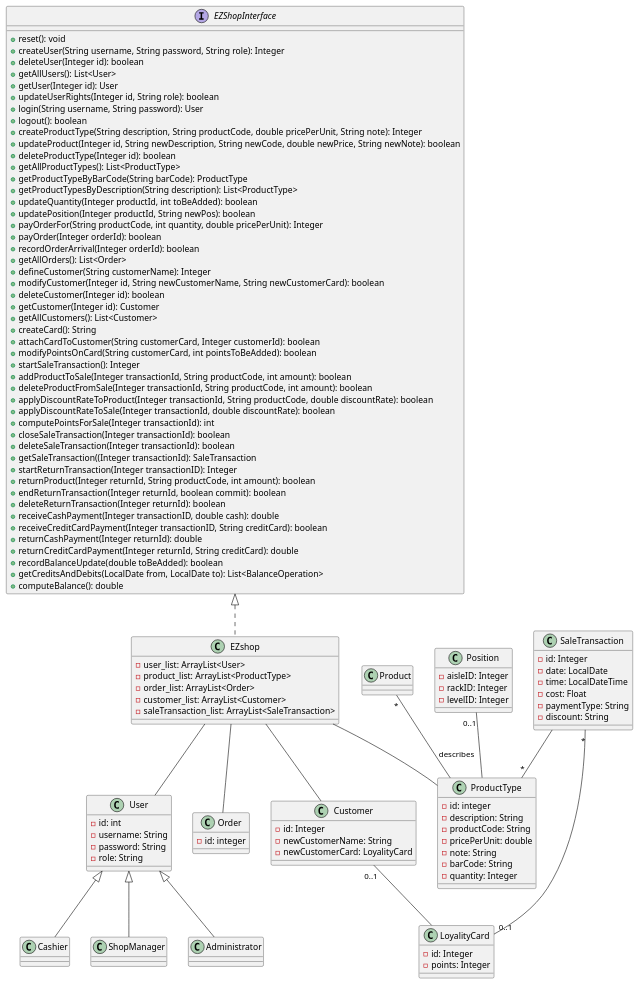
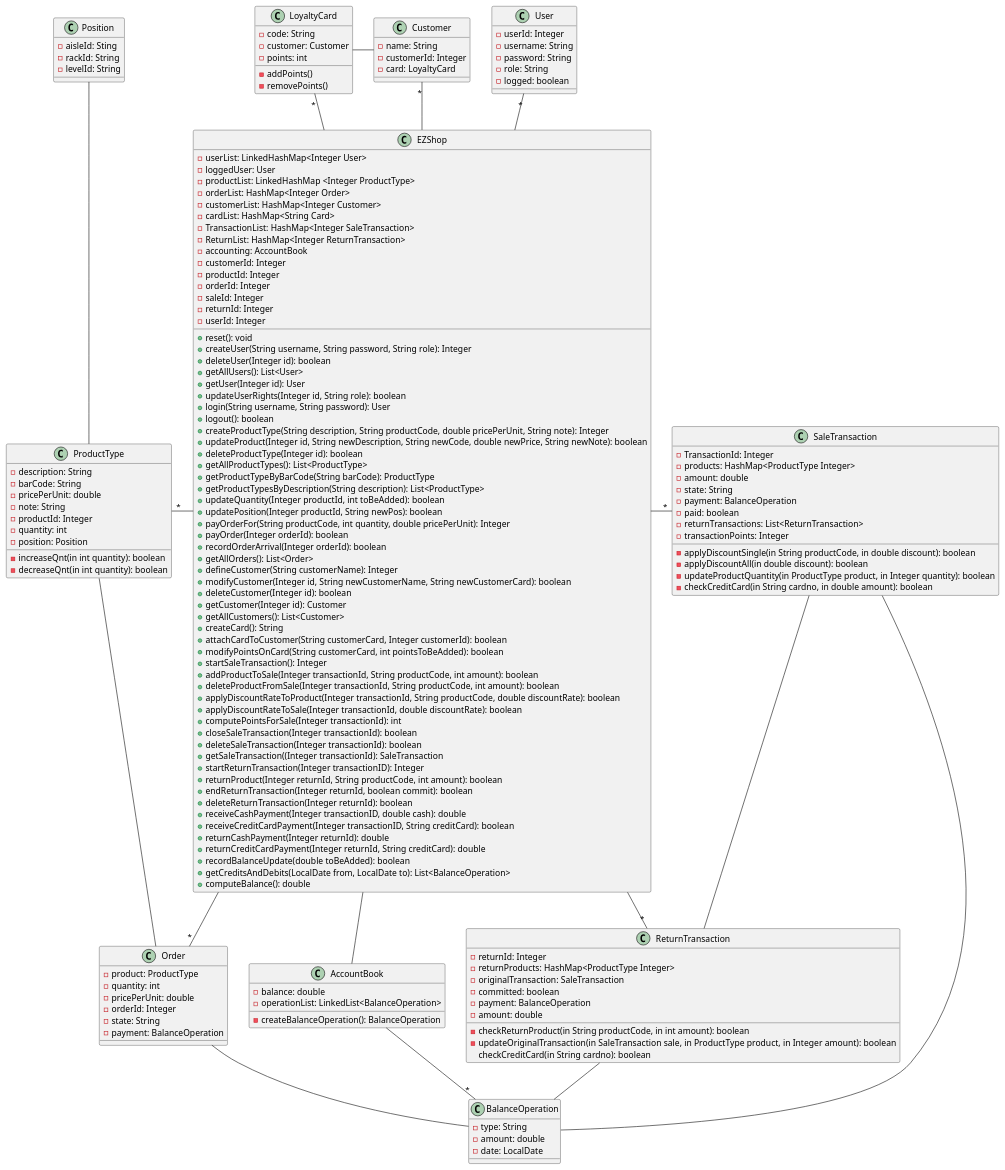
The second of 4 diagrams in Deliverables/DesignDocument.md (marco-ballario/EzShop), drawn with PlantUML before and after one commit.

Commit message:
docs: update class design

````diff
--- a/Deliverables/DesignDocument.md
+++ b/Deliverables/DesignDocument.md
@@ -55,16 +55,33 @@
 ```plantuml
-interface EZShopInterface{
-    + reset(): void
+@startuml
+class EZShop{
+    -userList: LinkedHashMap<Integer User>
+    -loggedUser: User
+    -productList: LinkedHashMap <Integer ProductType>
+    -orderList: HashMap<Integer Order>
+    -customerList: HashMap<Integer Customer>
+-cardList: HashMap<String Card>
+-TransactionList: HashMap<Integer SaleTransaction>
+-ReturnList: HashMap<Integer ReturnTransaction>
+-accounting: AccountBook
+-customerId: Integer
+-productId: Integer
+-orderId: Integer
+-saleId: Integer
+-returnId: Integer
+-userId: Integer
+
++ reset(): void
     + createUser(String username, String password, String role): Integer 
     + deleteUser(Integer id): boolean 
-	+ getAllUsers(): List<User>
-	+ getUser(Integer id): User 
++ getAllUsers(): List<User>
++ getUser(Integer id): User 
     + updateUserRights(Integer id, String role): boolean 
     + login(String username, String password): User 
     + logout(): boolean 
     + createProductType(String description, String productCode, double pricePerUnit, String note): Integer 
     + updateProduct(Integer id, String newDescription, String newCode, double newPrice, String newNote): boolean 
-	+ deleteProductType(Integer id): boolean 
++ deleteProductType(Integer id): boolean 
     + getAllProductTypes(): List<ProductType> 
     + getProductTypeByBarCode(String barCode): ProductType
     + getProductTypesByDescription(String description): List<ProductType>
@@ -103,74 +120,109 @@
     + getCreditsAndDebits(LocalDate from, LocalDate to): List<BalanceOperation>
     + computeBalance(): double
 }
-
-class EZshop implements EZShopInterface{
-    -user_list: ArrayList<User>
-    -product_list: ArrayList<ProductType>
-    -order_list: ArrayList<Order>
-    -customer_list: ArrayList<Customer>
-    -saleTransaction_list: ArrayList<SaleTransaction>
-}
 class User{
-    -id: int
+    -userId: Integer
     -username: String
     -password: String
     -role: String
-    
-}
-class Cashier extends User{
-}
-
-class ShopManager extends User{
-}
-
-class Administrator extends User{
+    -logged: boolean  
 }
 
 class ProductType{
-	-id: integer
-	-description: String
-	-productCode: String
-	-pricePerUnit: double
-	-note: String
-	-barCode: String
-	-quantity: Integer
-}
-class Product{
-}
-class Position {
-    -aisleID: Integer
-    -rackID: Integer
-    -levelID: Integer
-}
- class Order{
-	-id: integer
-}
-class Customer{
-	-id: Integer
-	-newCustomerName: String
-	-newCustomerCard: LoyalityCard
-}
-class LoyalityCard{
-    -id: Integer
-    -points: Integer
-}
-class SaleTransaction{
-    -id: Integer
-    -date: LocalDate
-    -time: LocalDateTime
-    -cost: Float 
-    -paymentType: String
-    -discount: String
+-description: String
+-barCode: String
+-pricePerUnit: double
+-note: String
+-productId: Integer
+-quantity: int
+-position: Position
+-increaseQnt(in int quantity): boolean
+-decreaseQnt(in int quantity): boolean
 }
 
-EZshop -- User
-EZshop -- ProductType
-EZshop -- Order
-EZshop -- Customer
-Customer "0..1"-- LoyalityCard
-SaleTransaction --"*" ProductType
-Position "0..1"-- ProductType
-Product "*"-- ProductType :describes
-SaleTransaction "*" --"0..1" LoyalityCard
+class Order{
+-product: ProductType
+-quantity: int
+-pricePerUnit: double
+-orderId: Integer
+-state: String
+-payment: BalanceOperation
+}
+
+class Position{
+-aisleId: Sting
+-rackId: String
+-levelId: String
+}
+
+class LoyaltyCard{
+-code: String
+-customer: Customer
+-points: int
+-addPoints()
+-removePoints()
+}
+
+class Customer{
+-name: String
+-customerId: Integer
+-card: LoyaltyCard
+}
+
+class AccountBook{
+-balance: double
+-operationList: LinkedList<BalanceOperation>
+-createBalanceOperation(): BalanceOperation
+}
+
+class BalanceOperation{
+-type: String
+-amount: double
+-date: LocalDate
+}
+
+class SaleTransaction{
+-TransactionId: Integer
+-products: HashMap<ProductType Integer>
+-amount: double
+-state: String
+-payment: BalanceOperation
+-paid: boolean
+-returnTransactions: List<ReturnTransaction>
+-transactionPoints: Integer
+-applyDiscountSingle(in String productCode, in double discount): boolean
+-applyDiscountAll(in double discount): boolean
+-updateProductQuantity(in ProductType product, in Integer quantity): boolean
+-checkCreditCard(in String cardno, in double amount): boolean
+}
+
+class ReturnTransaction{
+-returnId: Integer
+-returnProducts: HashMap<ProductType Integer>
+-originalTransaction: SaleTransaction
+-committed: boolean
+-payment: BalanceOperation
+-amount: double
+-checkReturnProduct(in String productCode, in int amount): boolean
+-updateOriginalTransaction(in SaleTransaction sale, in ProductType product, in Integer amount): boolean
+checkCreditCard(in String cardno): boolean
+}
+
+EZShop -u-"*"User
+EZShop -u-"*"Customer
+EZShop -u-"*"LoyaltyCard
+Customer -l- LoyaltyCard
+EZShop -d-AccountBook
+AccountBook-d-"*"BalanceOperation
+EZShop -r- "*"ReturnTransaction 
+EZShop -r- "*"SaleTransaction 
+SaleTransaction -d- ReturnTransaction
+EZShop -d- "*"Order
+EZShop -l- "*"ProductType
+Order -u- ProductType
+ProductType -u- Position
+Order -r- BalanceOperation
+SaleTransaction-r- BalanceOperation
+ReturnTransaction-r- BalanceOperation
+@enduml
 ```
````
